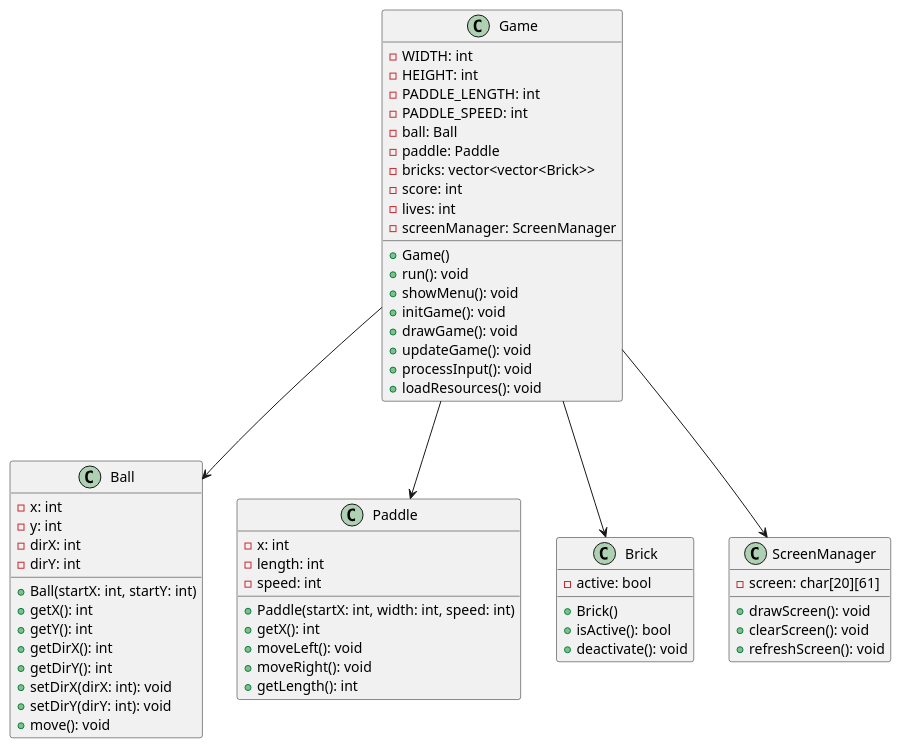
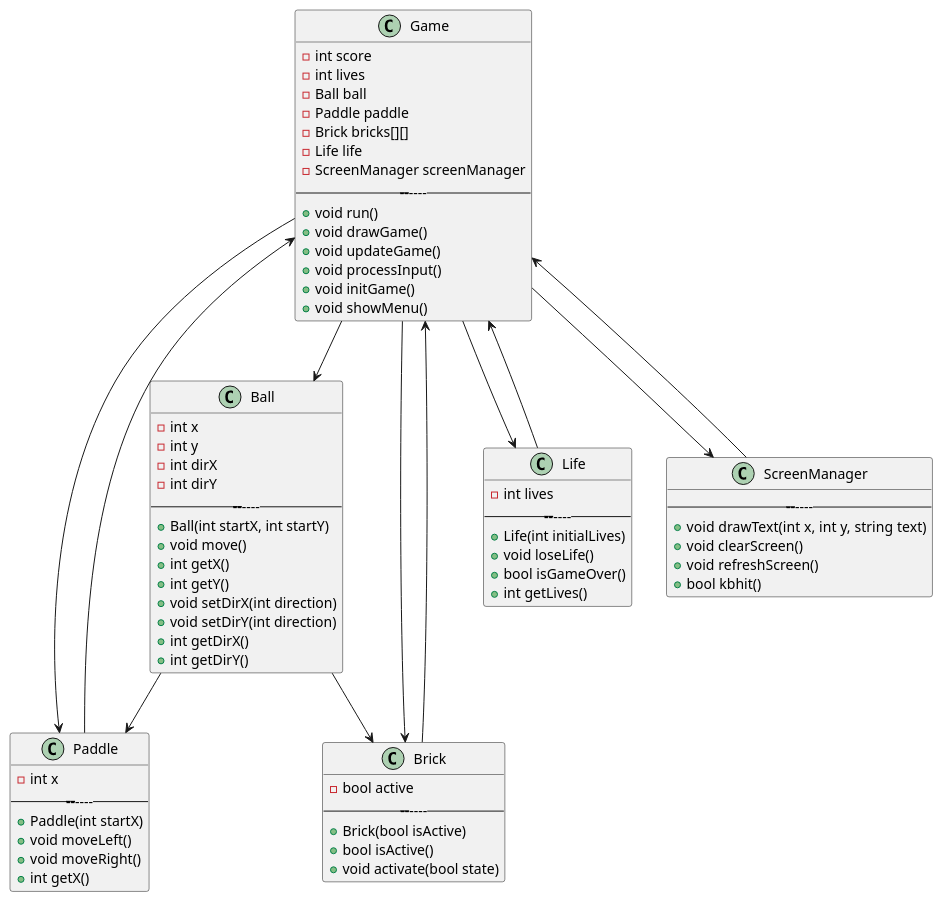
The diagram in docs/breakout.puml (Uripro7/proyecto-breakout), drawn with PlantUML before and after one commit.

Commit message:
version2.3

```diff
--- a/docs/breakout.puml
+++ b/docs/breakout.puml
@@ -1,69 +1,82 @@
-@startuml
+@startuml breakout
 
 class Game {
-    - WIDTH: int
-    - HEIGHT: int
-    - PADDLE_LENGTH: int
-    - PADDLE_SPEED: int
-    - ball: Ball
-    - paddle: Paddle
-    - bricks: vector<vector<Brick>>
-    - score: int
-    - lives: int
-    - screenManager: ScreenManager
-    + Game()
-    + run(): void
-    + showMenu(): void
-    + initGame(): void
-    + drawGame(): void
-    + updateGame(): void
-    + processInput(): void
-    + loadResources(): void
+    - int score
+    - int lives
+    - Ball ball
+    - Paddle paddle
+    - Brick bricks[][]
+    - Life life
+    - ScreenManager screenManager
+    ------------------
+    + void run()
+    + void drawGame()
+    + void updateGame()
+    + void processInput()
+    + void initGame()
+    + void showMenu()
 }
 
 class Ball {
-    - x: int
-    - y: int
-    - dirX: int
-    - dirY: int
-    + Ball(startX: int, startY: int)
-    + getX(): int
-    + getY(): int
-    + getDirX(): int
-    + getDirY(): int
-    + setDirX(dirX: int): void
-    + setDirY(dirY: int): void
-    + move(): void
+    - int x
+    - int y
+    - int dirX
+    - int dirY
+    ------------------
+    + Ball(int startX, int startY)
+    + void move()
+    + int getX()
+    + int getY()
+    + void setDirX(int direction)
+    + void setDirY(int direction)
+    + int getDirX()
+    + int getDirY()
 }
 
 class Paddle {
-    - x: int
-    - length: int
-    - speed: int
-    + Paddle(startX: int, width: int, speed: int)
-    + getX(): int
-    + moveLeft(): void
-    + moveRight(): void
-    + getLength(): int
+    - int x
+    ------------------
+    + Paddle(int startX)
+    + void moveLeft()
+    + void moveRight()
+    + int getX()
 }
 
 class Brick {
-    - active: bool
-    + Brick()
-    + isActive(): bool
-    + deactivate(): void
+    - bool active
+    ------------------
+    + Brick(bool isActive)
+    + bool isActive()
+    + void activate(bool state)
+}
+
+class Life {
+    - int lives
+    ------------------
+    + Life(int initialLives)
+    + void loseLife()
+    + bool isGameOver()
+    + int getLives()
 }
 
 class ScreenManager {
-    - screen: char[20][61]
-    + drawScreen(): void
-    + clearScreen(): void
-    + refreshScreen(): void
+    ------------------
+    + void drawText(int x, int y, string text)
+    + void clearScreen()
+    + void refreshScreen()
+    + bool kbhit()
 }
 
 Game --> Ball
 Game --> Paddle
 Game --> Brick
+Game --> Life
 Game --> ScreenManager
+Ball --> Paddle
+Ball --> Brick
+Paddle --> Game
+Brick --> Game
+Life --> Game
+ScreenManager --> Game
 
 @enduml
```
